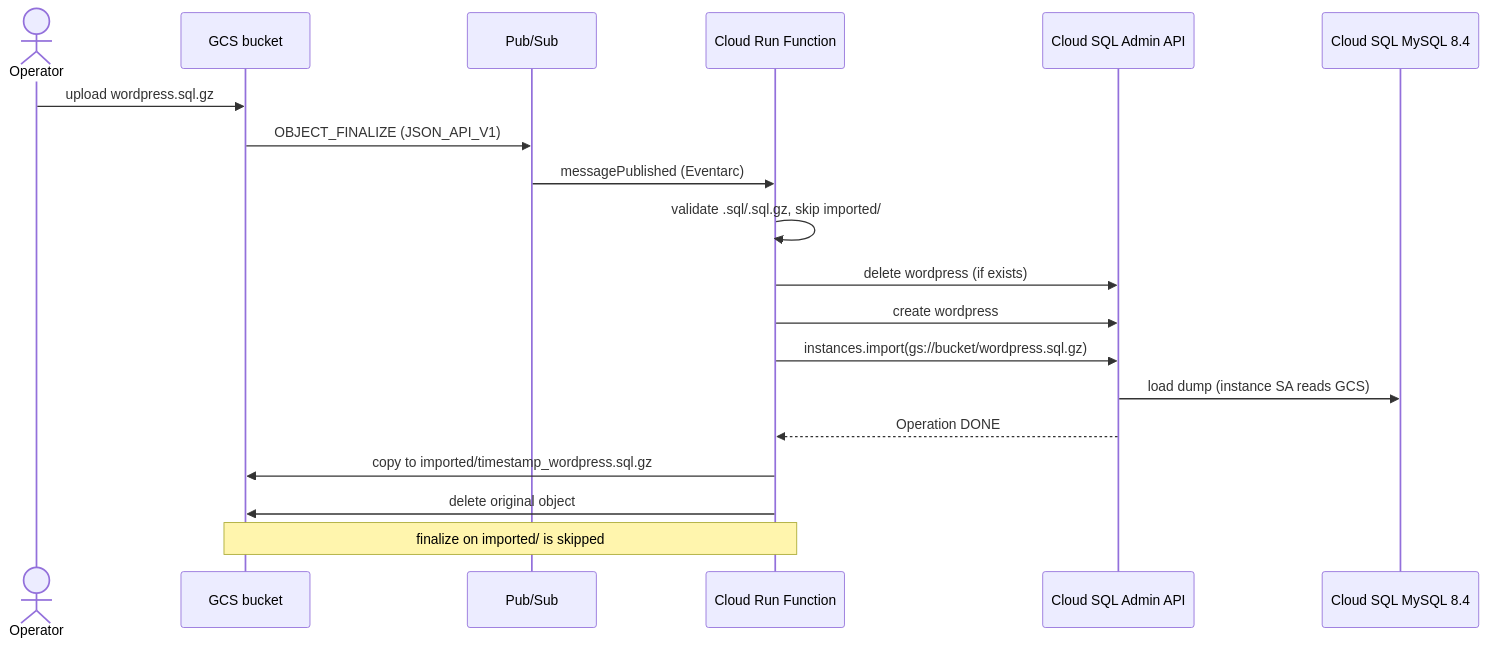
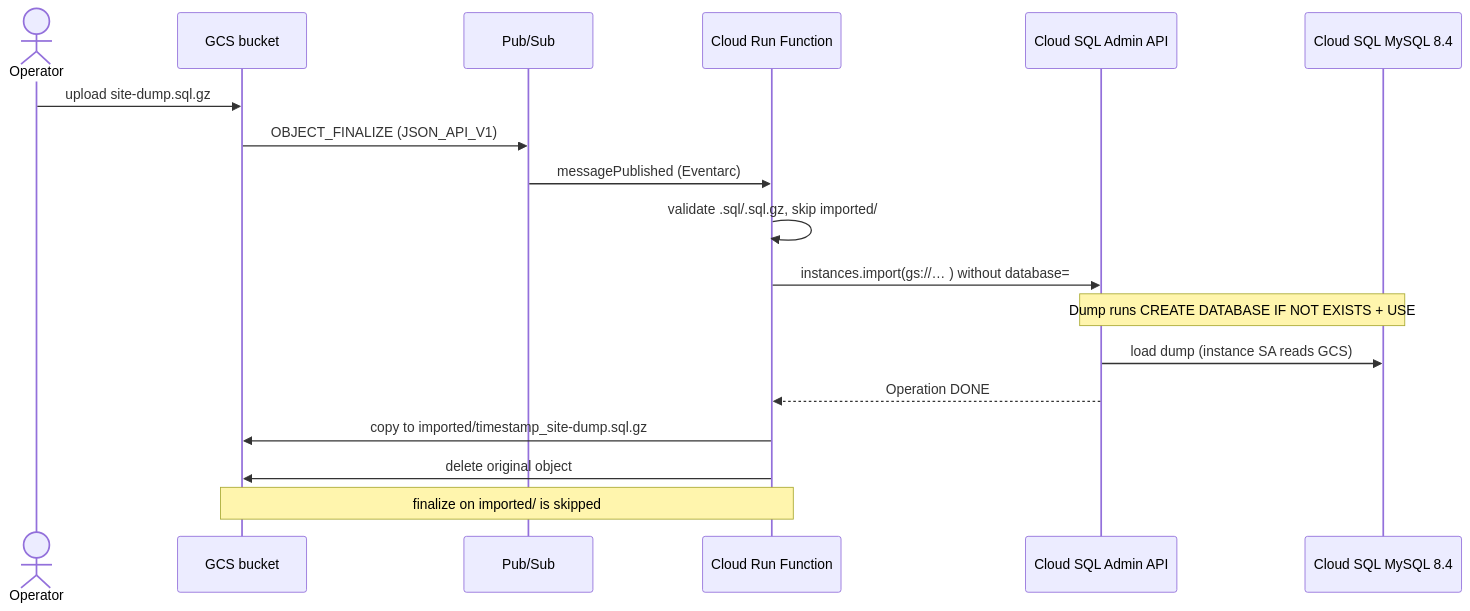
Before and after one commit to ealebed/gcs-sql-restore: the second of 2 diagrams in docs/architecture.md, drawn with Mermaid. The commit also changed other lines of this file and 15 other files, not shown here.

Commit message:
Removed: fixed wordpress name, wipe/create DB, related IAM (databases.*)

````diff
--- a/docs/architecture.md
+++ b/docs/architecture.md
@@ -50,22 +50,21 @@
 ```mermaid
 sequenceDiagram
   actor Op as Operator
   participant GCS as GCS bucket
   participant PS as Pub/Sub
   participant Fn as Cloud Run Function
   participant SQL as Cloud SQL Admin API
   participant Inst as Cloud SQL MySQL 8.4
 
-  Op->>GCS: upload wordpress.sql.gz
+  Op->>GCS: upload site-dump.sql.gz
   GCS->>PS: OBJECT_FINALIZE (JSON_API_V1)
   PS->>Fn: messagePublished (Eventarc)
   Fn->>Fn: validate .sql/.sql.gz, skip imported/
-  Fn->>SQL: delete wordpress (if exists)
-  Fn->>SQL: create wordpress
-  Fn->>SQL: instances.import(gs://bucket/wordpress.sql.gz)
+  Fn->>SQL: instances.import(gs://… ) without database=
+  Note over SQL,Inst: Dump runs CREATE DATABASE IF NOT EXISTS + USE
   SQL->>Inst: load dump (instance SA reads GCS)
   SQL-->>Fn: Operation DONE
-  Fn->>GCS: copy to imported/timestamp_wordpress.sql.gz
+  Fn->>GCS: copy to imported/timestamp_site-dump.sql.gz
   Fn->>GCS: delete original object
   Note over GCS,Fn: finalize on imported/ is skipped
 ```
````
